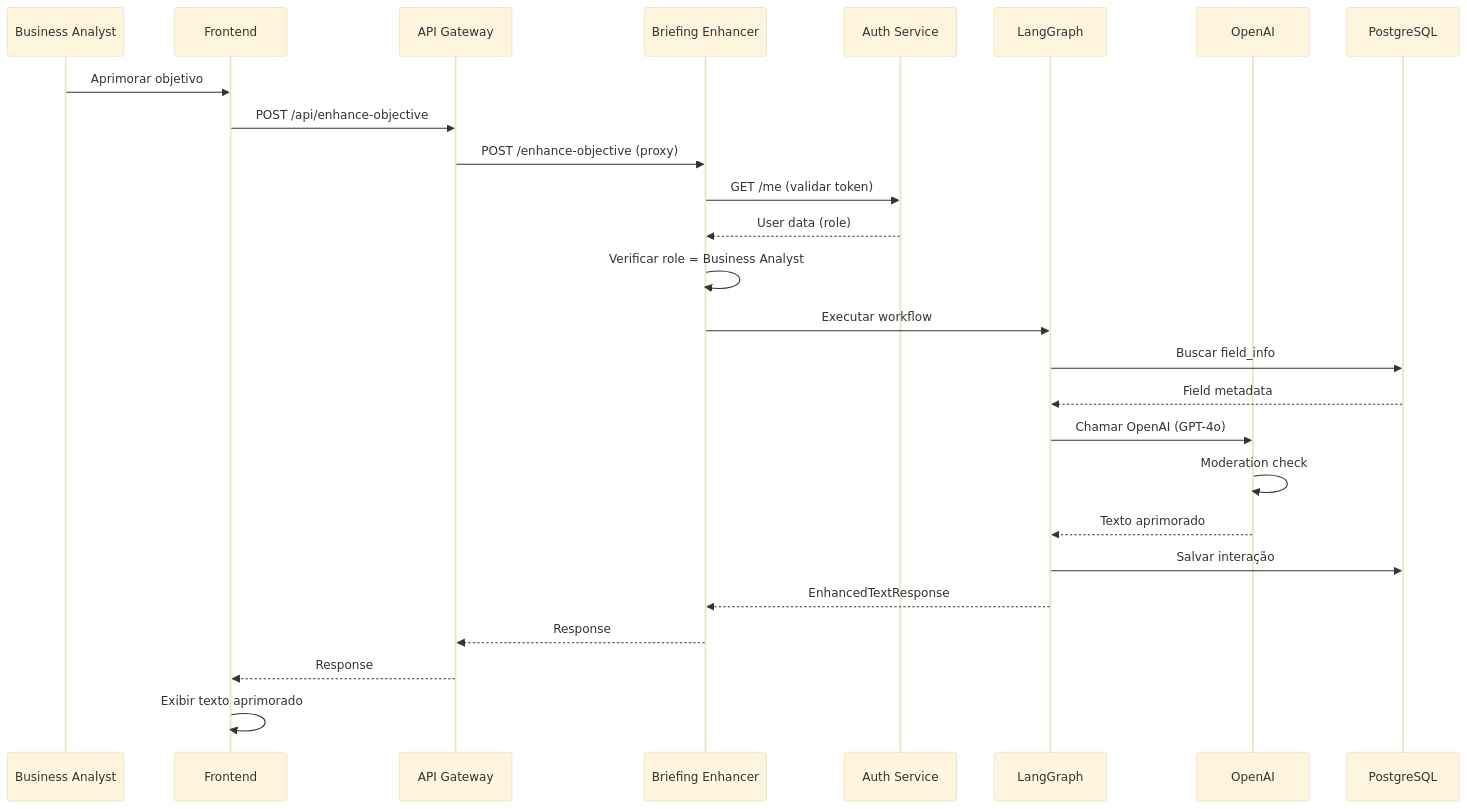
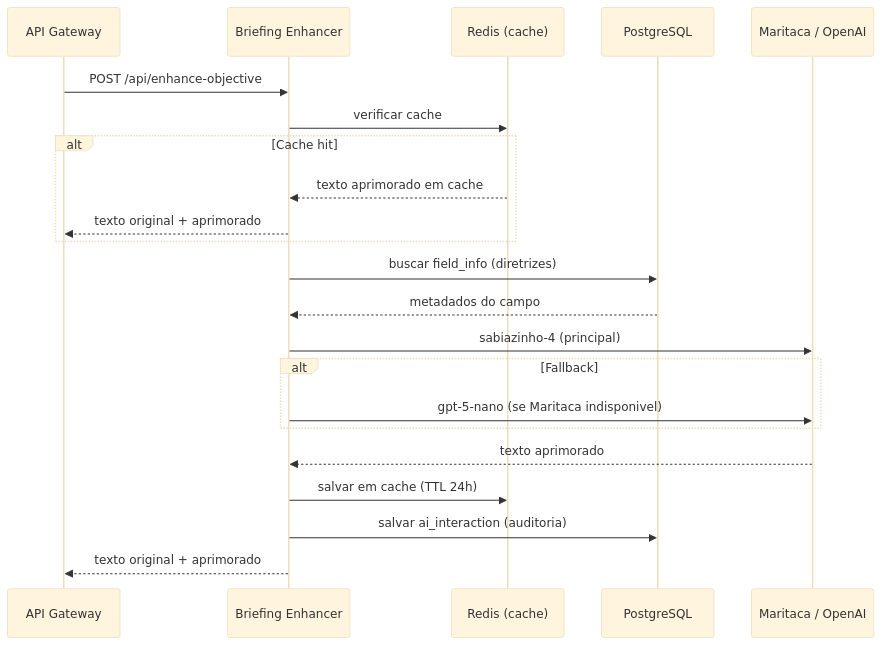
The fifth of 8 diagrams in DIAGRAMA_IMPLEMENTACAO.md (anacds/dm-orqestra), drawn with Mermaid (base theme) before and after one commit. The commit also changed other lines of this file and 173 other files, not shown here.

````diff
--- a/DIAGRAMA_IMPLEMENTACAO.md
+++ b/DIAGRAMA_IMPLEMENTACAO.md
@@ -157,29 +179,29 @@
 ```mermaid
 sequenceDiagram
-    participant U as Business Analyst
-    participant FE as Frontend
     participant GW as API Gateway
     participant BRIEF as Briefing Enhancer
-    participant AUTH as Auth Service
-    participant GRAPH as LangGraph
-    participant LLM as OpenAI
+    participant REDIS as Redis (cache)
     participant DB as PostgreSQL
+    participant LLM as Maritaca / OpenAI
 
-    U->>FE: Aprimorar objetivo
-    FE->>GW: POST /api/enhance-objective
-    GW->>BRIEF: POST /enhance-objective (proxy)
-    BRIEF->>AUTH: GET /me (validar token)
-    AUTH-->>BRIEF: User data (role)
-    BRIEF->>BRIEF: Verificar role = Business Analyst
-    BRIEF->>GRAPH: Executar workflow
-    GRAPH->>DB: Buscar field_info
-    DB-->>GRAPH: Field metadata
-    GRAPH->>LLM: Chamar OpenAI (GPT-4o)
-    LLM->>LLM: Moderation check
-    LLM-->>GRAPH: Texto aprimorado
-    GRAPH->>DB: Salvar interação
-    GRAPH-->>BRIEF: EnhancedTextResponse
-    BRIEF-->>GW: Response
-    GW-->>FE: Response
-    FE->>FE: Exibir texto aprimorado
+    GW->>BRIEF: POST /api/enhance-objective
+
+    BRIEF->>REDIS: verificar cache
+    alt Cache hit
+        REDIS-->>BRIEF: texto aprimorado em cache
+        BRIEF-->>GW: texto original + aprimorado
+    end
+
+    BRIEF->>DB: buscar field_info (diretrizes)
+    DB-->>BRIEF: metadados do campo
+
+    BRIEF->>LLM: sabiazinho-4 (principal)
+    alt Fallback
+        BRIEF->>LLM: gpt-5-nano (se Maritaca indisponivel)
+    end
+    LLM-->>BRIEF: texto aprimorado
+
+    BRIEF->>REDIS: salvar em cache (TTL 24h)
+    BRIEF->>DB: salvar ai_interaction (auditoria)
+    BRIEF-->>GW: texto original + aprimorado
 ```
````
